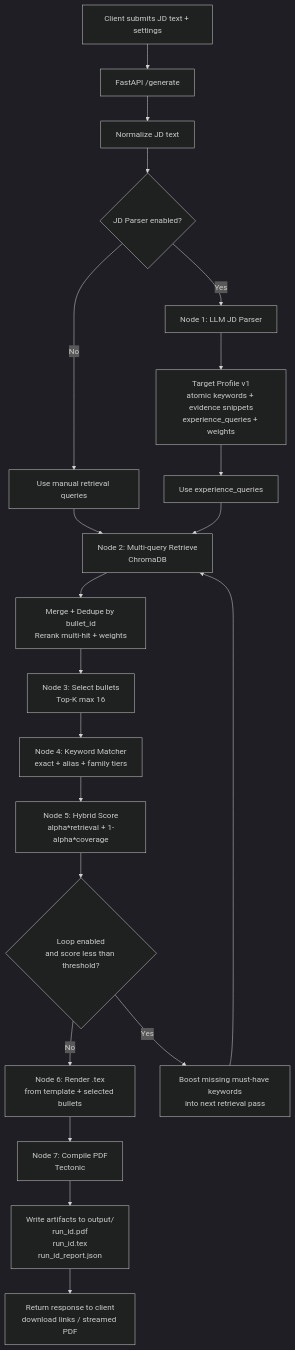
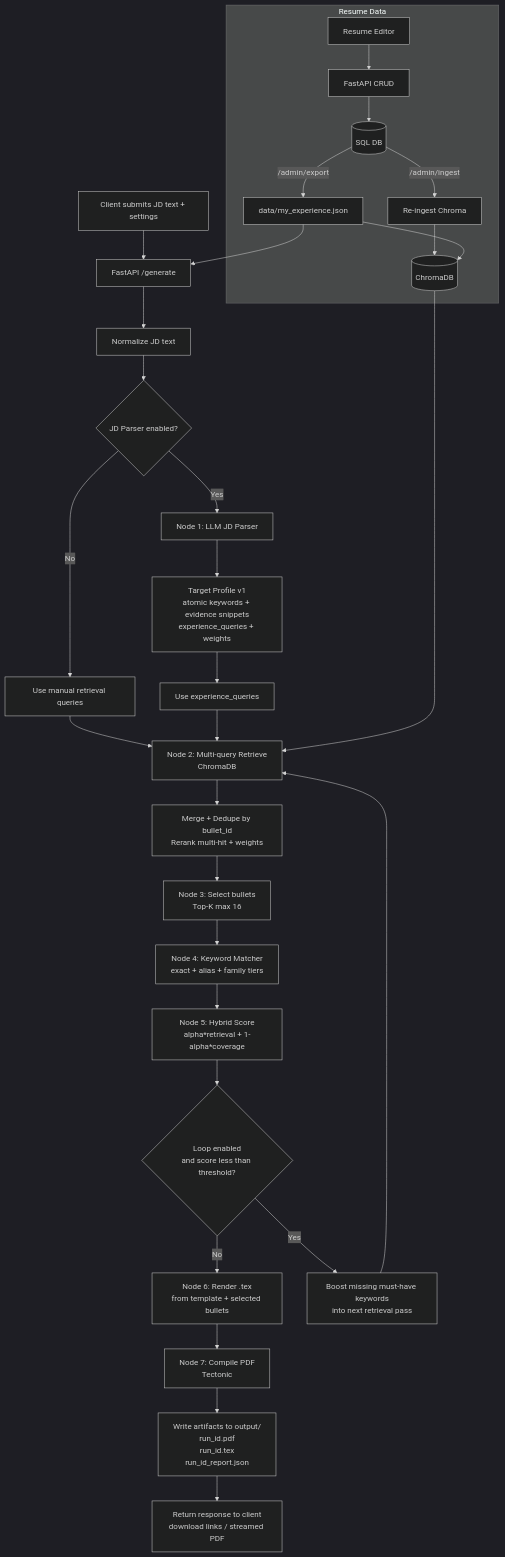
Before and after one commit to pinkpig777/agentic-resume-tailor: the diagram in README.md, drawn with Mermaid (dark theme). The commit also changed other lines of this file, not shown here.

Commit message:
docs: update README for CRUD editor and ingest flow

````diff
--- a/README.md
+++ b/README.md
@@ -380,28 +404,40 @@
 ```mermaid
 flowchart TD
+  subgraph Resume_Data[Resume Data]
+    UI[Resume Editor] --> CRUD[FastAPI CRUD]
+    CRUD --> DB[(SQL DB)]
+    DB -->|/admin/export| JSON[data/my_experience.json]
+    DB -->|/admin/ingest| INGEST[Re-ingest Chroma]
+    INGEST --> CHROMA[(ChromaDB)]
+    JSON --> CHROMA
+  end
+
   A[Client submits JD text + settings] --> B[FastAPI /generate]
+  JSON --> B
   B --> C[Normalize JD text]
 
   C --> D{JD Parser enabled?}
   D -- No --> Q0[Use manual retrieval queries]
   D -- Yes --> E[Node 1: LLM JD Parser]
   E --> E1[Target Profile v1<br/>atomic keywords + evidence snippets<br/>experience_queries + weights]
   E1 --> Q1[Use experience_queries]
 
   Q0 --> F[Node 2: Multi-query Retrieve<br/>ChromaDB]
   Q1 --> F
 
   F --> G[Merge + Dedupe by bullet_id<br/>Rerank multi-hit + weights]
   G --> H[Node 3: Select bullets<br/>Top-K max 16]
   H --> I[Node 4: Keyword Matcher<br/>exact + alias + family tiers]
   I --> J[Node 5: Hybrid Score<br/>alpha*retrieval + 1-alpha*coverage]
 
   J --> K{Loop enabled<br/>and score less than threshold?}
   K -- No --> L[Node 6: Render .tex<br/>from template + selected bullets]
   K -- Yes --> M[Boost missing must-have keywords<br/>into next retrieval pass]
   M --> F
 
   L --> N[Node 7: Compile PDF<br/>Tectonic]
   N --> O[Write artifacts to output/<br/>run_id.pdf<br/>run_id.tex<br/>run_id_report.json]
   O --> P[Return response to client<br/>download links / streamed PDF]
+
+  CHROMA --> F
 ```
````
